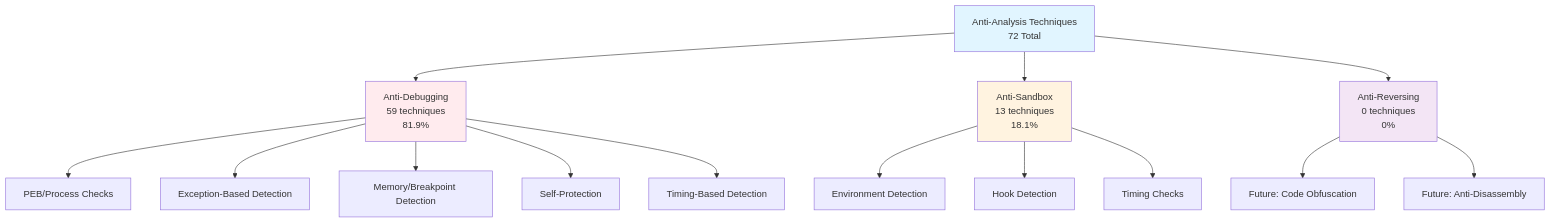
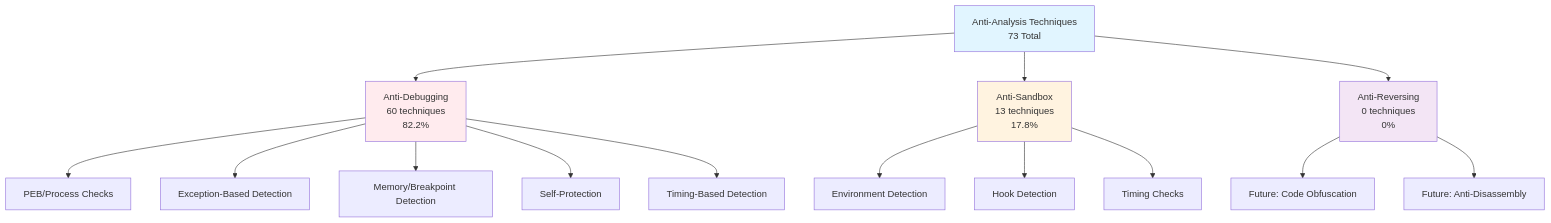
The first of 8 diagrams in docs/diagrams/taxonomy.md (mabj/anti), drawn with Mermaid before and after one commit. The commit also changed other lines of this file and 7 other files, not shown here.

First line of the commit message:
Adding new anti-debugging technique AD060

````diff
--- a/docs/diagrams/taxonomy.md
+++ b/docs/diagrams/taxonomy.md
@@ -7,24 +7,24 @@
 ```mermaid
 graph TB
-    A[Anti-Analysis Techniques<br/>72 Total] --> B[Anti-Debugging<br/>59 techniques<br/>81.9%]
-    A --> C[Anti-Sandbox<br/>13 techniques<br/>18.1%]
+    A[Anti-Analysis Techniques<br/>73 Total] --> B[Anti-Debugging<br/>60 techniques<br/>82.2%]
+    A --> C[Anti-Sandbox<br/>13 techniques<br/>17.8%]
     A --> D[Anti-Reversing<br/>0 techniques<br/>0%]
 
     B --> B1[PEB/Process Checks]
     B --> B2[Exception-Based Detection]
     B --> B3[Memory/Breakpoint Detection]
     B --> B4[Self-Protection]
     B --> B5[Timing-Based Detection]
 
     C --> C1[Environment Detection]
     C --> C2[Hook Detection]
     C --> C3[Timing Checks]
 
     D --> D1[Future: Code Obfuscation]
     D --> D2[Future: Anti-Disassembly]
 
     style A fill:#e1f5ff
     style B fill:#ffebee
     style C fill:#fff3e0
     style D fill:#f3e5f5
 ```
````
